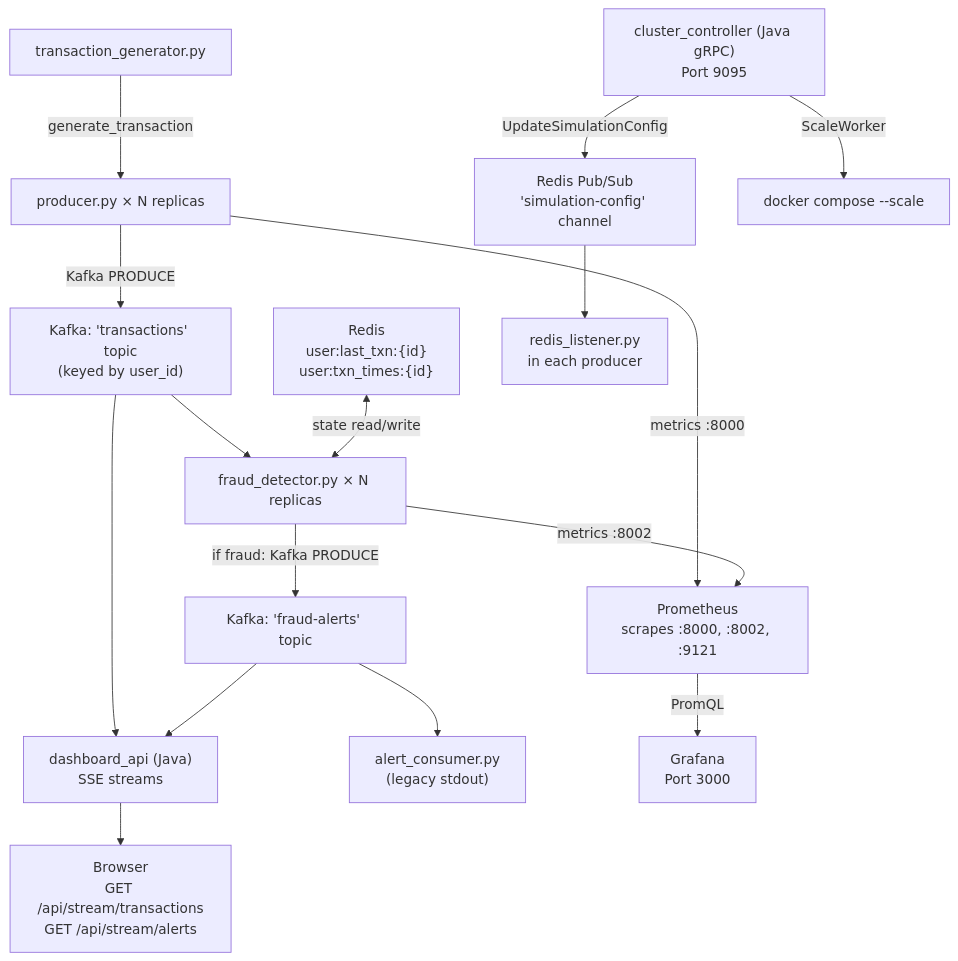
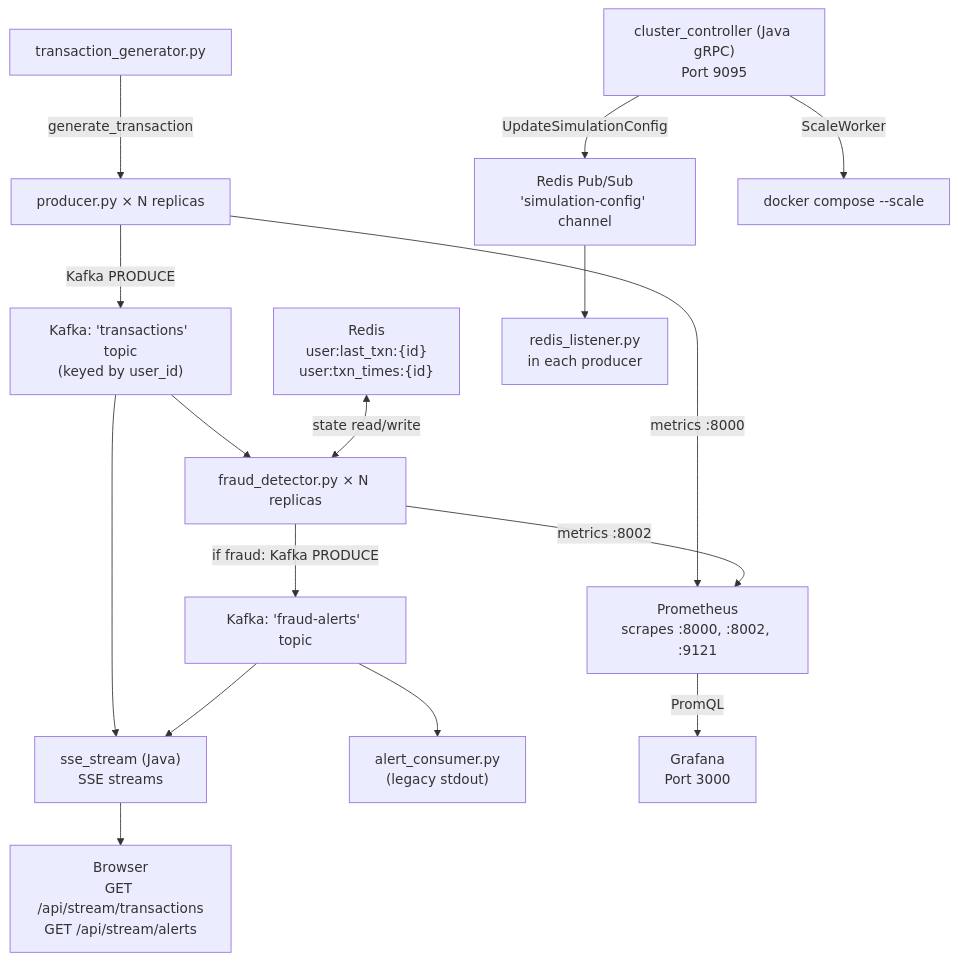
Before and after one commit to Mathew270/Fraud-Detection: the diagram in documentation/README.md, drawn with Mermaid. The commit also changed other lines of this file and 43 other files, not shown here.

Commit message:
Refactor dashboard_api to sse_stream and fix build configs

````diff
--- a/documentation/README.md
+++ b/documentation/README.md
@@ -24,36 +24,36 @@
 ```mermaid
 flowchart TD
     TxGen[transaction_generator.py]
     Producer["producer.py × N replicas"]
     KafkaTx["Kafka: 'transactions' topic\n(keyed by user_id)"]
     FraudDet["fraud_detector.py × N replicas"]
     Redis["Redis\nuser:last_txn:{id}\nuser:txn_times:{id}"]
     KafkaAlerts["Kafka: 'fraud-alerts' topic"]
-    DashAPI["dashboard_api (Java)\nSSE streams"]
+    DashAPI["sse_stream (Java)\nSSE streams"]
     AlertConsumer["alert_consumer.py\n(legacy stdout)"]
     Browser["Browser\nGET /api/stream/transactions\nGET /api/stream/alerts"]
     ClusterCtrl["cluster_controller (Java gRPC)\nPort 9095"]
     RedisPubSub["Redis Pub/Sub\n'simulation-config' channel"]
     RedisListener["redis_listener.py\nin each producer"]
     DockerCompose["docker compose --scale"]
     Prometheus["Prometheus\nscrapes :8000, :8002, :9121"]
     Grafana["Grafana\nPort 3000"]
 
     TxGen -->|generate_transaction| Producer
     Producer -->|Kafka PRODUCE| KafkaTx
     KafkaTx --> FraudDet
     KafkaTx --> DashAPI
     Redis <-->|state read/write| FraudDet
     FraudDet -->|if fraud: Kafka PRODUCE| KafkaAlerts
     KafkaAlerts --> DashAPI
     KafkaAlerts --> AlertConsumer
     DashAPI --> Browser
 
     ClusterCtrl -->|UpdateSimulationConfig| RedisPubSub
     ClusterCtrl -->|ScaleWorker| DockerCompose
     RedisPubSub --> RedisListener
 
     Prometheus -->|PromQL| Grafana
     Producer -->|metrics :8000| Prometheus
     FraudDet -->|metrics :8002| Prometheus
 ```
````
